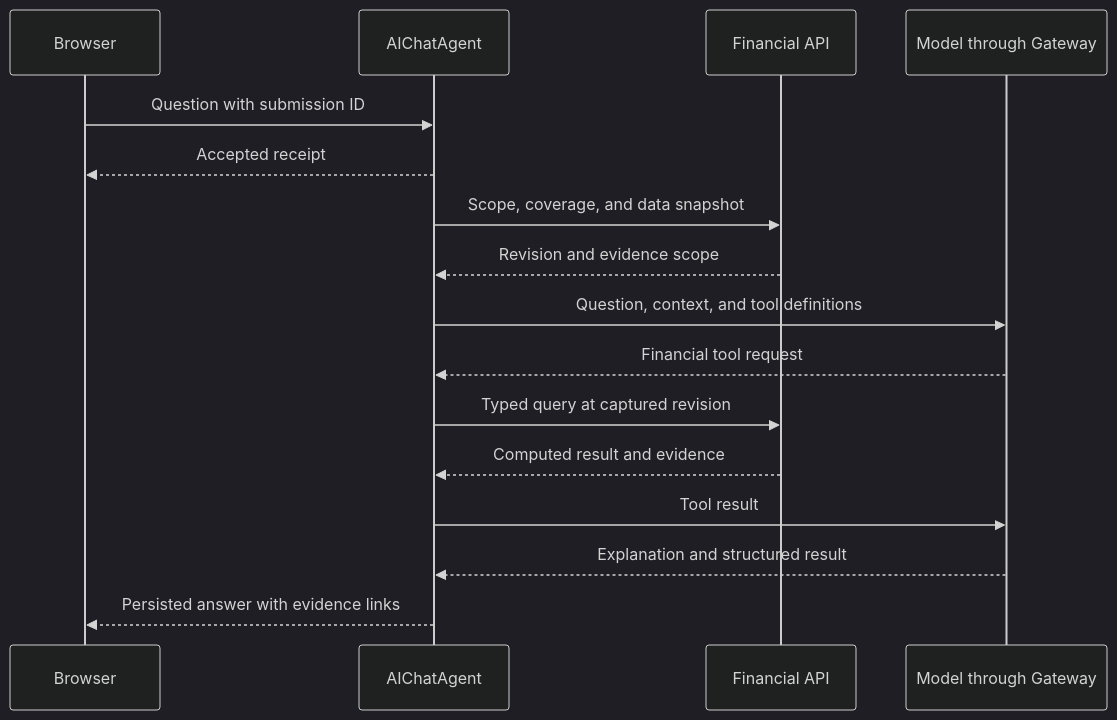
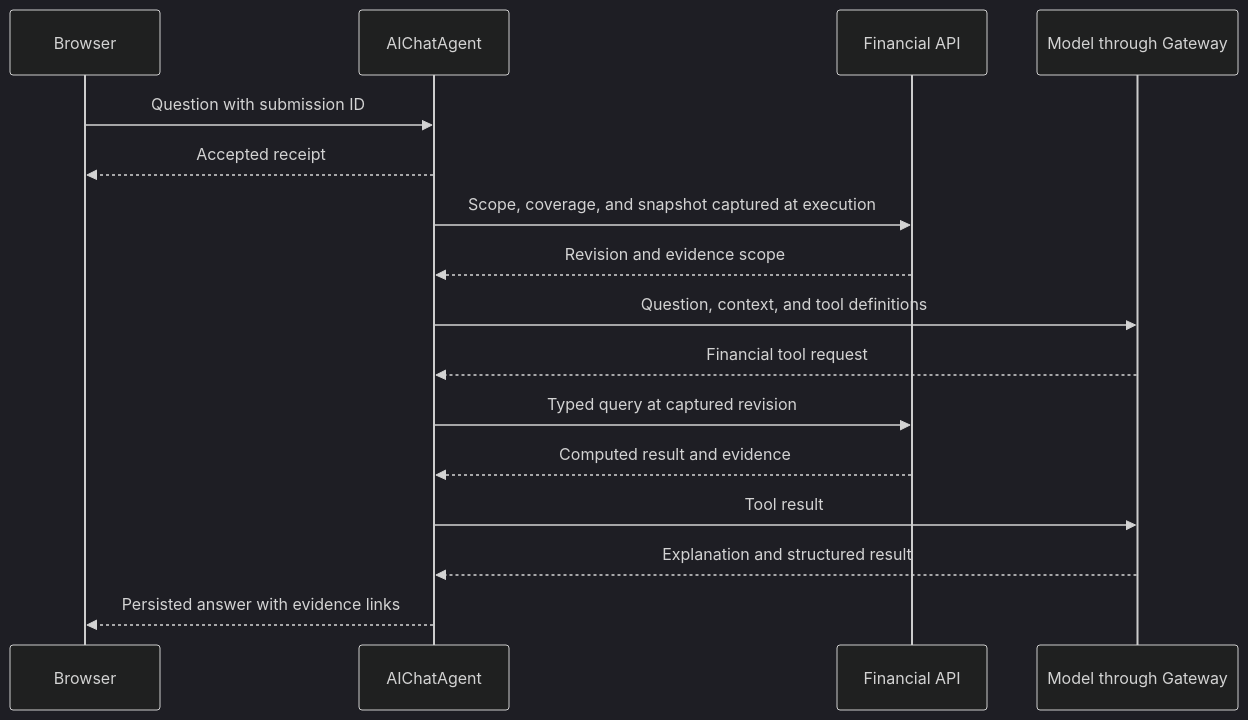
One commit to AdiRishi/ironcage changed the diagram in docs/technical/ai-analyst.mdx. Above: the diagram before and after it, drawn with Mermaid (dark theme). The commit also changed other lines of this file and 23 other files, not shown here.

````diff
--- a/docs/technical/ai-analyst.mdx
+++ b/docs/technical/ai-analyst.mdx
@@ -28,18 +28,18 @@
 ```mermaid
 sequenceDiagram
     participant Browser
     participant Agent as AIChatAgent
     participant API as Financial API
     participant Model as Model through Gateway
     Browser->>Agent: Question with submission ID
     Agent-->>Browser: Accepted receipt
-    Agent->>API: Scope, coverage, and data snapshot
+    Agent->>API: Scope, coverage, and snapshot captured at execution
     API-->>Agent: Revision and evidence scope
     Agent->>Model: Question, context, and tool definitions
     Model-->>Agent: Financial tool request
     Agent->>API: Typed query at captured revision
     API-->>Agent: Computed result and evidence
     Agent->>Model: Tool result
     Model-->>Agent: Explanation and structured result
     Agent-->>Browser: Persisted answer with evidence links
 ```
````
